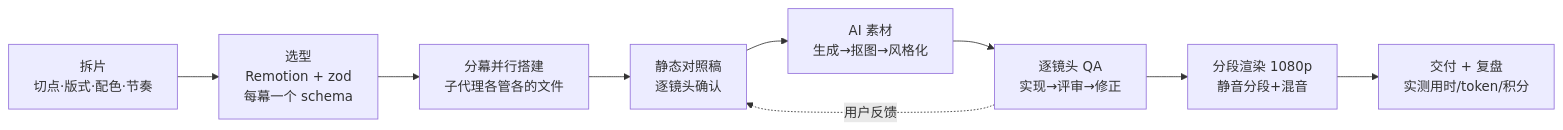
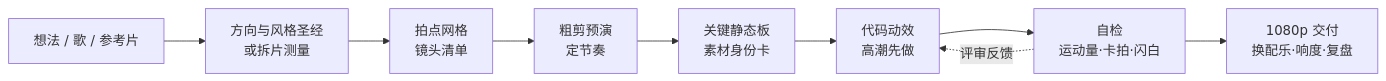
The diagram in README.md (saikizhou-cyber/s17-motion-art), drawn with Mermaid before and after one commit. The commit also changed other lines of this file and 18 other files, not shown here.

````diff
--- a/README.md
+++ b/README.md
@@ -91,11 +91,11 @@
 ```mermaid
 flowchart LR
-  A[拆片<br/>切点·版式·配色·节奏] --> B[选型<br/>Remotion + zod<br/>每幕一个 schema]
-  B --> C[分幕并行搭建<br/>子代理各管各的文件]
-  C --> D[静态对照稿<br/>逐镜头确认]
-  D --> E[AI 素材<br/>生成→抠图→风格化]
-  E --> F[逐镜头 QA<br/>实现→评审→修正]
-  F --> G[分段渲染 1080p<br/>静音分段+混音]
-  G --> H[交付 + 复盘<br/>实测用时/token/积分]
-  F -. 用户反馈 .-> D
+  A[想法 / 歌 / 参考片] --> B[方向与风格圣经<br/>或拆片测量]
+  B --> C[拍点网格<br/>镜头清单]
+  C --> D[粗剪预演<br/>定节奏]
+  D --> E[关键静态板<br/>素材身份卡]
+  E --> F[代码动效<br/>高潮先做]
+  F --> G[自检<br/>运动量·卡拍·闪白]
+  G --> H[1080p 交付<br/>换配乐·响度·复盘]
+  G -. 评审反馈 .-> F
 ```
````
